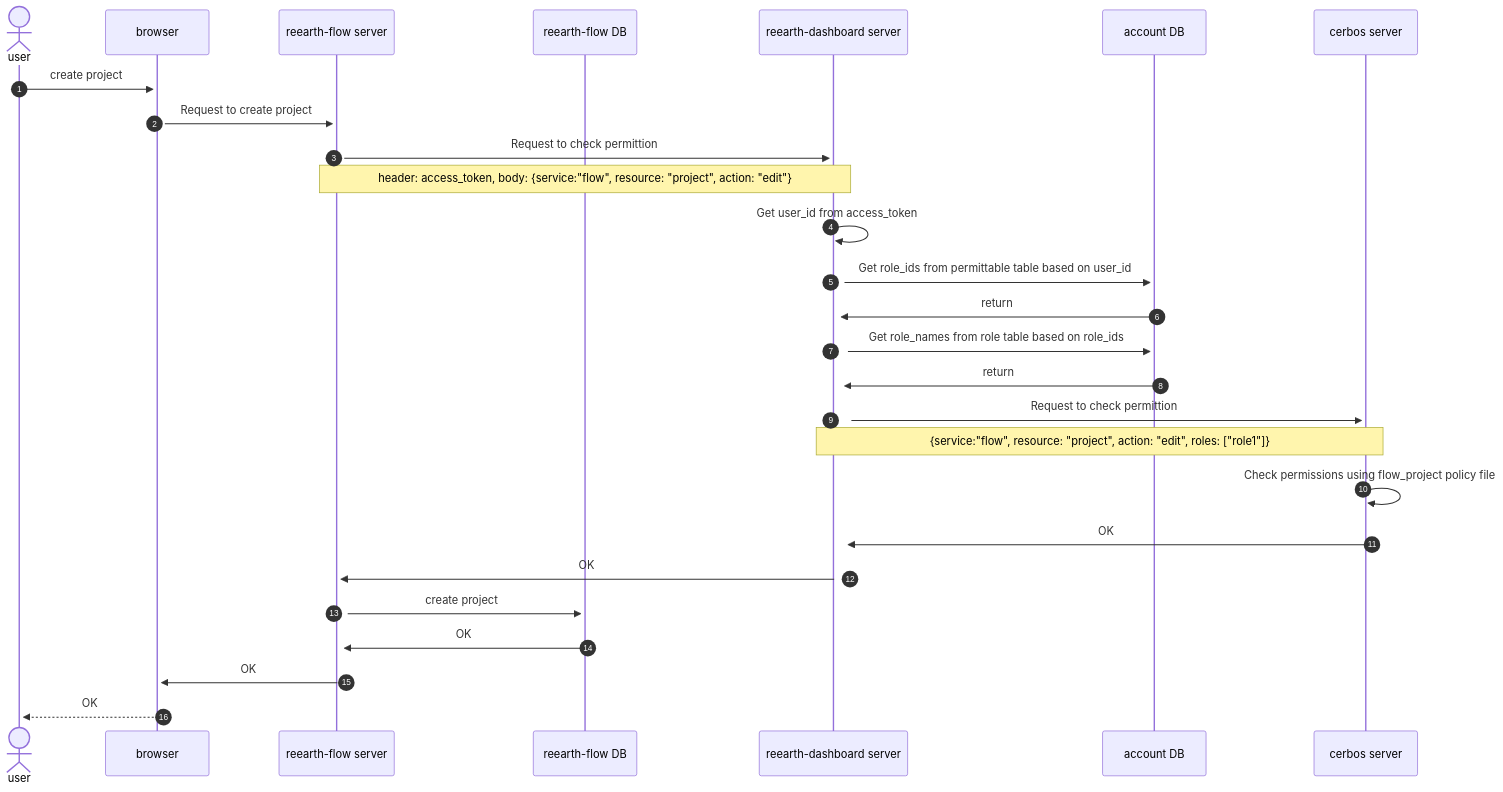
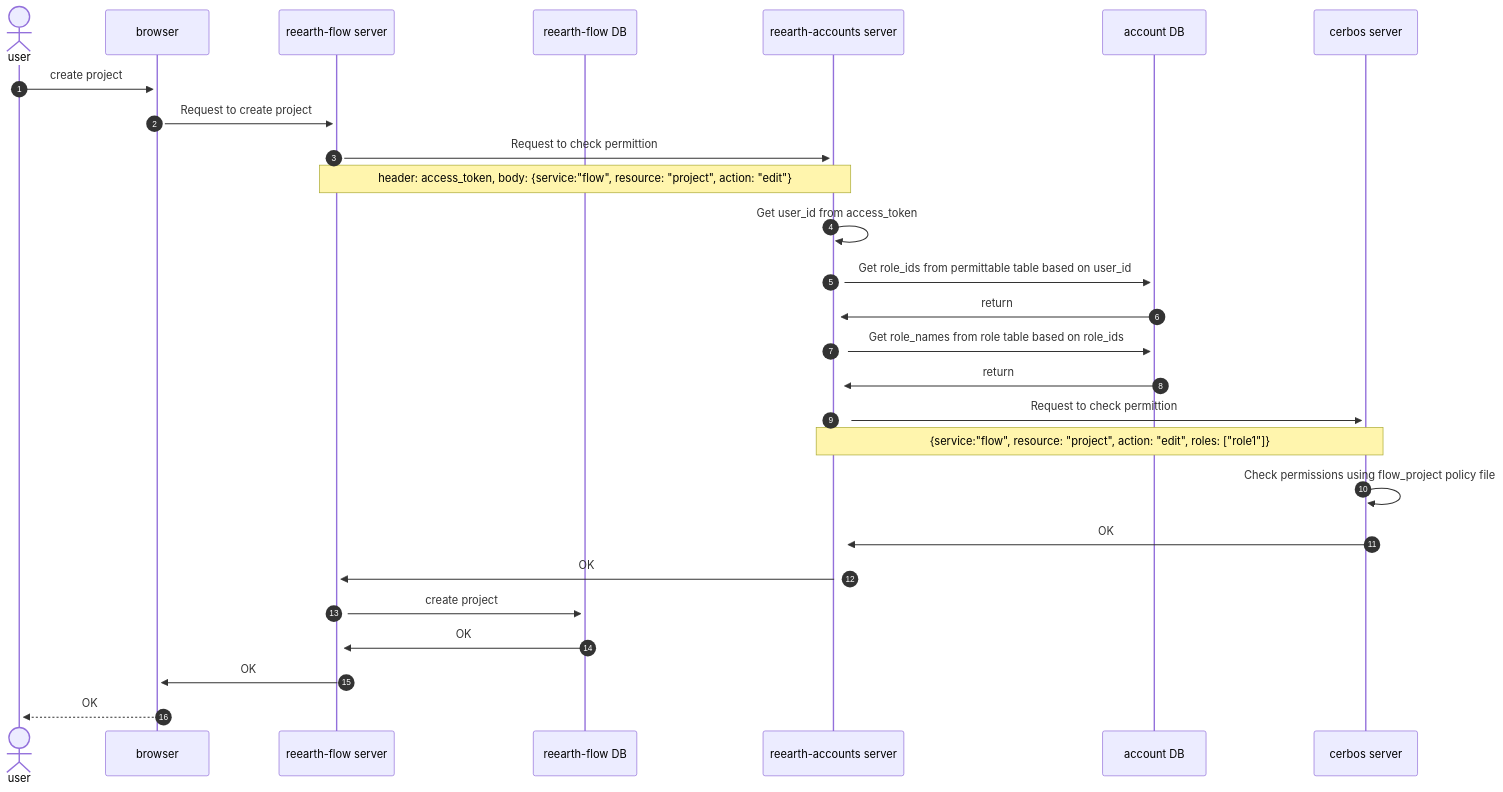
One commit to reearth/reearth-accounts changed the diagram in docs/sequence/check_permission.md. Above: the diagram before and after it, drawn with Mermaid.

Commit message:
change name of sequence

````diff
--- a/docs/sequence/check_permission.md
+++ b/docs/sequence/check_permission.md
@@ -3,31 +3,31 @@
 ```mermaid
 sequenceDiagram
 autonumber
 
 actor user
 participant browser
 participant flowServer as reearth-flow server
 participant flowDB as reearth-flow DB
-participant dashboardServer as reearth-dashboard server
+participant accountsServer as reearth-accounts server
 participant accountDB as account DB
 participant cerbos as cerbos server
 
 user ->>+ browser :create project
 browser ->>+ flowServer :Request to create project
-flowServer ->>+ dashboardServer :Request to check permittion
-note over flowServer, dashboardServer: header: access_token, body: {service:"flow", resource: "project", action: "edit"}
-dashboardServer ->>+ dashboardServer :Get user_id from access_token
-dashboardServer ->>+ accountDB :Get role_ids from permittable table based on user_id
-accountDB ->>+ dashboardServer :return
-dashboardServer ->>+ accountDB :Get role_names from role table based on role_ids
-accountDB ->>+ dashboardServer :return
-dashboardServer ->>+ cerbos :Request to check permittion
-note over dashboardServer, cerbos: {service:"flow", resource: "project", action: "edit", roles: ["role1"]}
+flowServer ->>+ accountsServer :Request to check permittion
+note over flowServer, accountsServer: header: access_token, body: {service:"flow", resource: "project", action: "edit"}
+accountsServer ->>+ accountsServer :Get user_id from access_token
+accountsServer ->>+ accountDB :Get role_ids from permittable table based on user_id
+accountDB ->>+ accountsServer :return
+accountsServer ->>+ accountDB :Get role_names from role table based on role_ids
+accountDB ->>+ accountsServer :return
+accountsServer ->>+ cerbos :Request to check permittion
+note over accountsServer, cerbos: {service:"flow", resource: "project", action: "edit", roles: ["role1"]}
 cerbos ->>+ cerbos :Check permissions using flow_project policy file
-cerbos ->>+ dashboardServer :OK
-dashboardServer ->>+ flowServer :OK
+cerbos ->>+ accountsServer :OK
+accountsServer ->>+ flowServer :OK
 flowServer ->>+ flowDB: create project
 flowDB ->>+ flowServer :OK
 flowServer ->>+ browser :OK
 browser -->>+ user: OK
 ```
````
